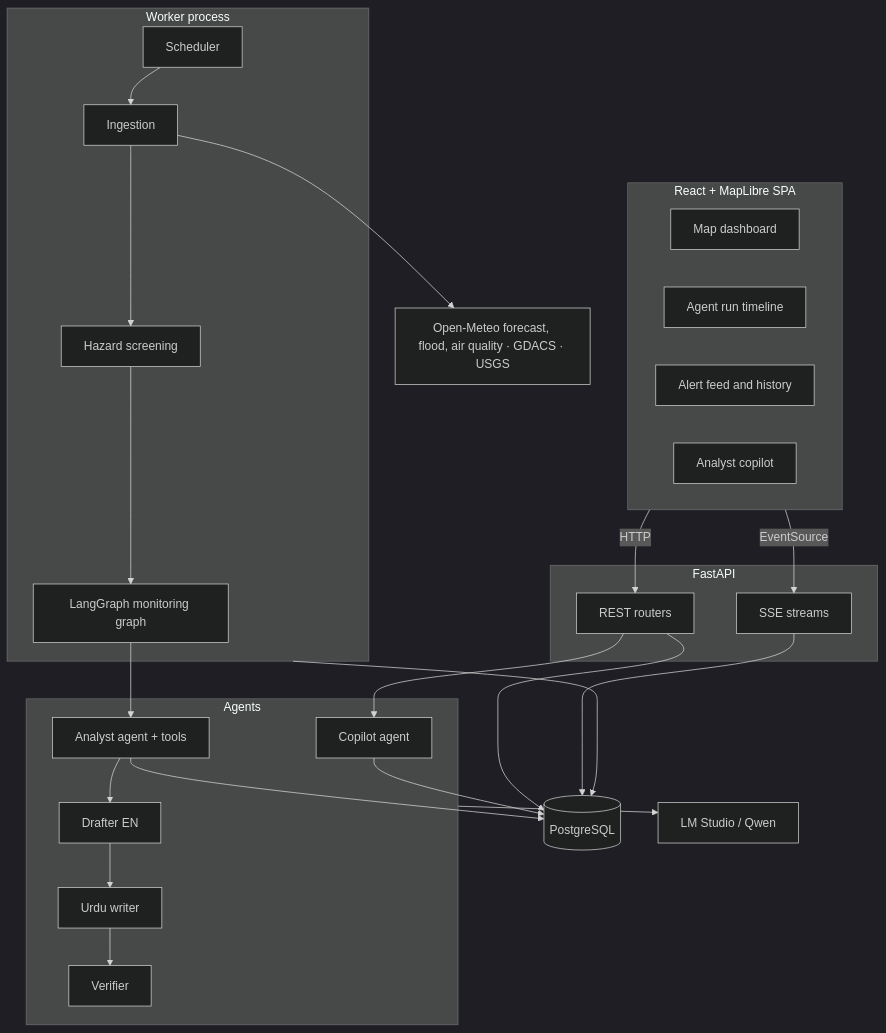
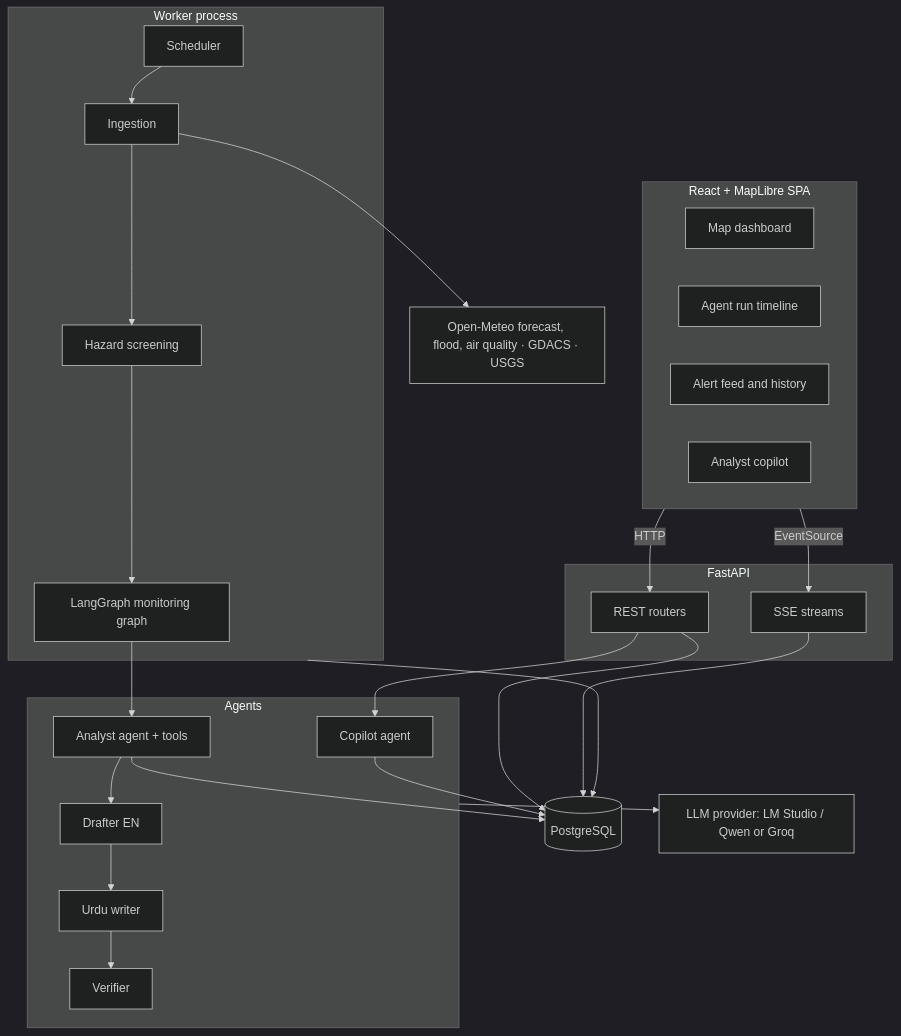
One commit to imtiazNDMA/EarlyWarningSystem changed the first of 2 diagrams in ai.md. Above: the diagram before and after it, drawn with Mermaid (dark theme). The commit also changed other lines of this file, not shown here.

````diff
--- a/ai.md
+++ b/ai.md
@@ -99,46 +111,46 @@
 ```mermaid
 graph TD
     subgraph Frontend [React + MapLibre SPA]
         Map[Map dashboard]
         Runs[Agent run timeline]
         Feed[Alert feed and history]
         Chat[Analyst copilot]
     end
 
     subgraph API [FastAPI]
         REST[REST routers]
         SSE[SSE streams]
     end
 
     subgraph Worker [Worker process]
         Sched[Scheduler]
         Ingest[Ingestion]
         Screen[Hazard screening]
         Graph[LangGraph monitoring graph]
     end
 
     subgraph Agents
         Analyst[Analyst agent + tools]
         Drafter[Drafter EN]
         Urdu[Urdu writer]
         Verifier[Verifier]
         Copilot[Copilot agent]
     end
 
     DB[(PostgreSQL)]
-    LM[LM Studio / Qwen]
+    LM[LLM provider: LM Studio / Qwen or Groq]
     Src[Open-Meteo forecast, flood, air quality · GDACS · USGS]
 
     Frontend -->|HTTP| REST
     Frontend -->|EventSource| SSE
     REST --> DB
     SSE --> DB
     REST --> Copilot
     Sched --> Ingest --> Screen --> Graph
     Ingest --> Src
     Graph --> Analyst --> Drafter --> Urdu --> Verifier
     Agents --> LM
     Analyst --> DB
     Copilot --> DB
     Worker --> DB
 ```
````
